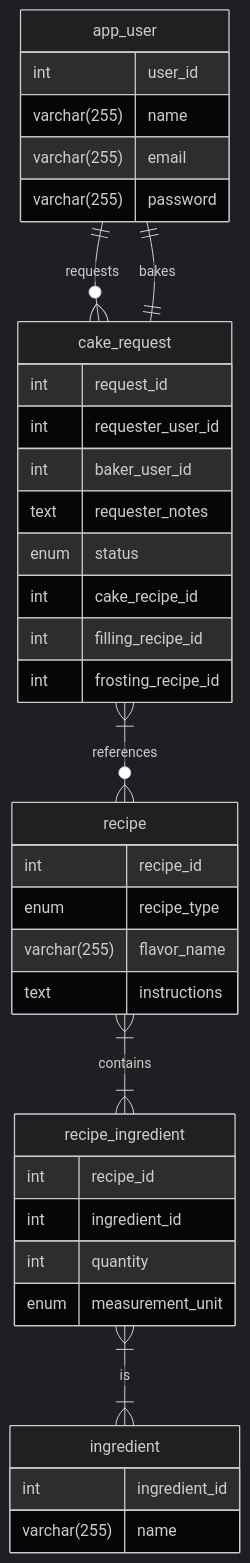
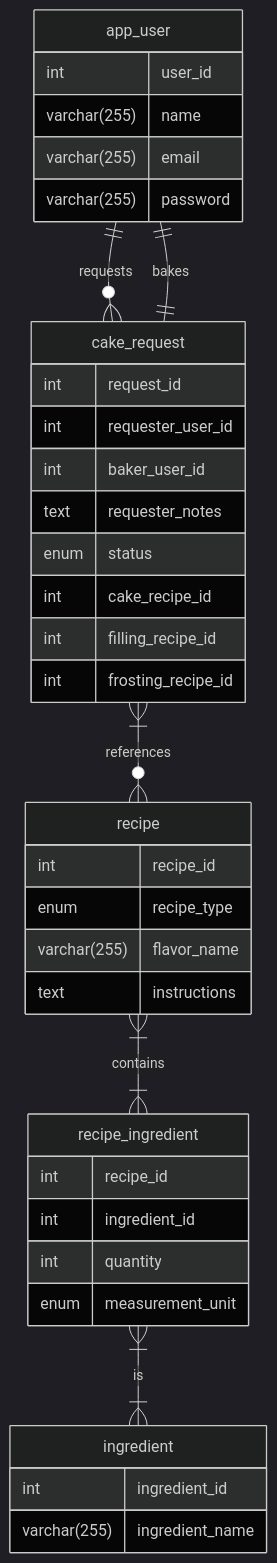
The second of 2 diagrams in README.md (shoshannaTM/CakeQuest.springboot), drawn with Mermaid (dark theme) before and after one commit.

````diff
--- a/README.md
+++ b/README.md
@@ -42,42 +42,42 @@
 ```mermaid
 erDiagram
     app_user {
         int user_id
         varchar(255) name
         varchar(255) email
         varchar(255) password
     }
     cake_request {
         int request_id
         int requester_user_id
         int baker_user_id
         text requester_notes
         enum status
         int cake_recipe_id
         int filling_recipe_id
         int frosting_recipe_id
     }
     recipe {
         int recipe_id
         enum recipe_type
         varchar(255) flavor_name
         text instructions
     }
     recipe_ingredient {
         int recipe_id
         int ingredient_id
         int quantity
         enum measurement_unit
     }
     ingredient {
         int ingredient_id
-        varchar(255) name
+        varchar(255) ingredient_name
     }
  
 
     app_user ||--o{ cake_request : requests
     cake_request ||--|| app_user : bakes
     cake_request }|--o{ recipe : references
     recipe }|--|{ recipe_ingredient : contains
     recipe_ingredient }|--|{ ingredient : is
 ```
````
